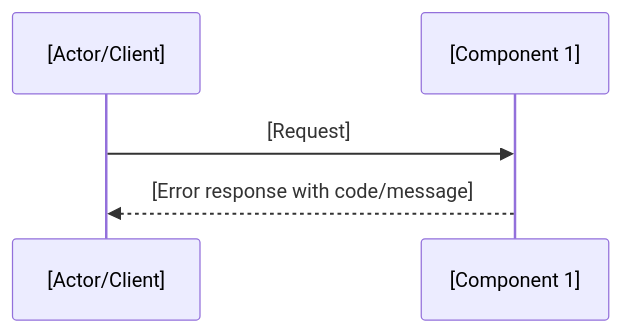
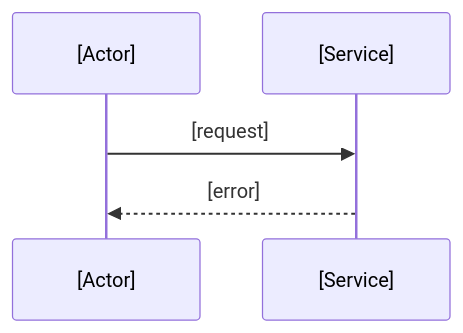
Before and after one commit to tuanpep/skills: the second of 2 diagrams in kiro-specs/templates/design-high-level.md, drawn with Mermaid. The commit also changed other lines of this file and 10 other files, not shown here.

````diff
--- a/kiro-specs/templates/design-high-level.md
+++ b/kiro-specs/templates/design-high-level.md
@@ -44,8 +31,7 @@
 ```mermaid
 sequenceDiagram
-    participant A as [Actor/Client]
-    participant B as [Component 1]
-
-    A->>B: [Request]
-    B-->>A: [Error response with code/message]
+    participant A as [Actor]
+    participant B as [Service]
+    A->>B: [request]
+    B-->>A: [error]
 ```
````
